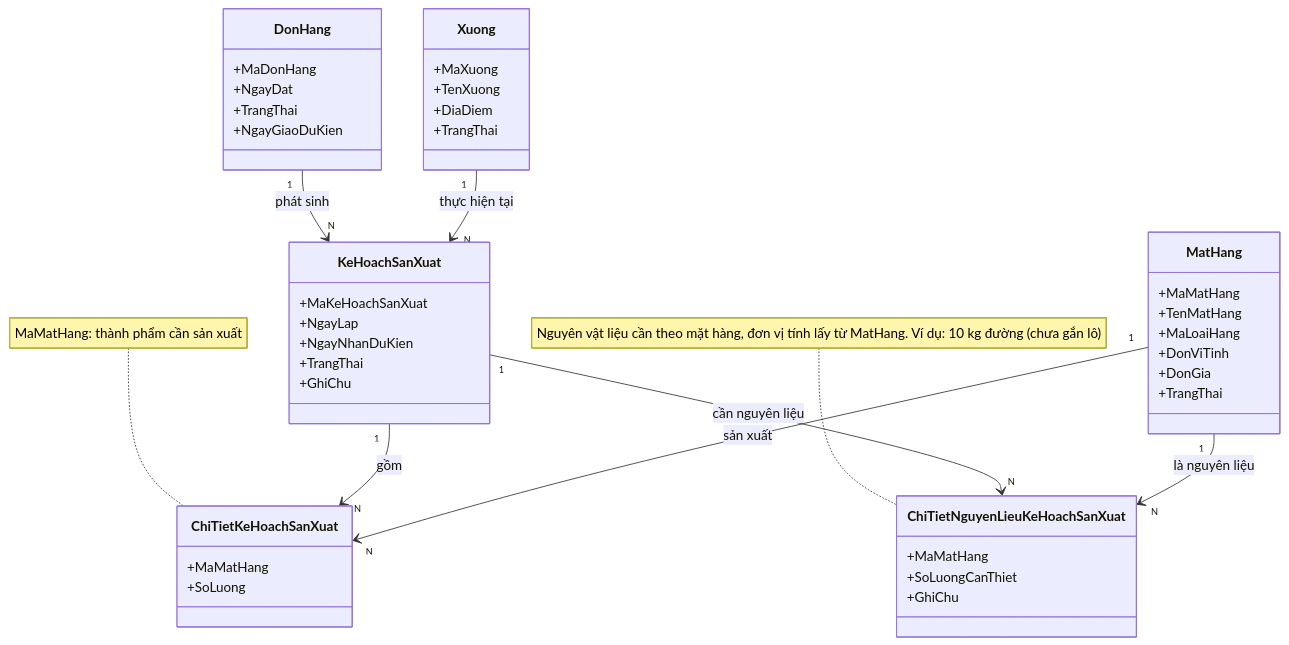
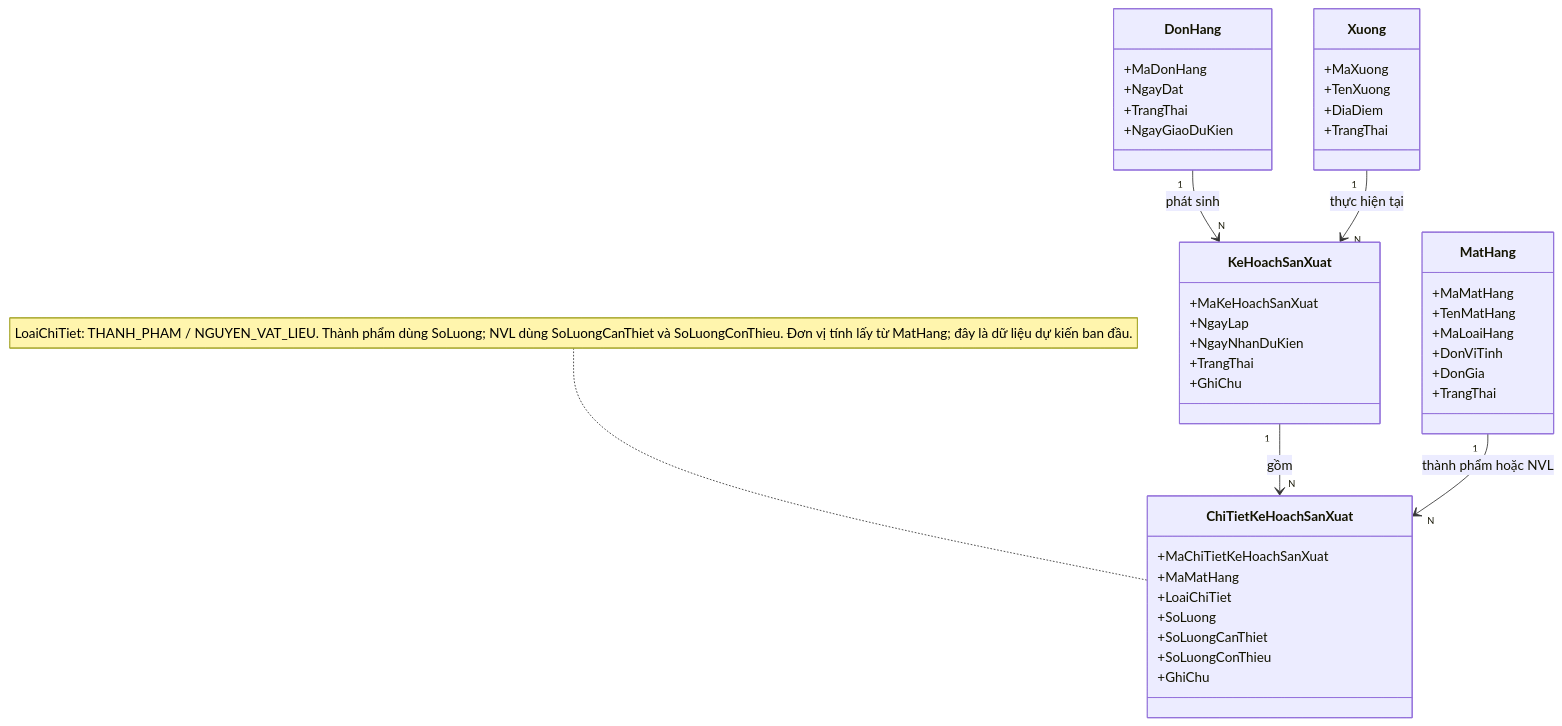
One commit to vthaix/WarehouseSystem changed the fifth of 14 diagrams in app/docs/DOMAIN_MODEL.md. Above: the diagram before and after it, drawn with Mermaid. The commit also changed other lines of this file, not shown here.

````diff
--- a/app/docs/DOMAIN_MODEL.md
+++ b/app/docs/DOMAIN_MODEL.md
@@ -175,56 +157,52 @@
 ```mermaid
 classDiagram
 
     class DonHang {
         +MaDonHang
         +NgayDat
         +TrangThai
         +NgayGiaoDuKien
     }
 
     class Xuong {
         +MaXuong
         +TenXuong
         +DiaDiem
         +TrangThai
     }
 
     class KeHoachSanXuat {
         +MaKeHoachSanXuat
         +NgayLap
         +NgayNhanDuKien
         +TrangThai
         +GhiChu
     }
 
     class ChiTietKeHoachSanXuat {
+        +MaChiTietKeHoachSanXuat
         +MaMatHang
+        +LoaiChiTiet
         +SoLuong
-    }
-
-    class ChiTietNguyenLieuKeHoachSanXuat {
-        +MaMatHang
         +SoLuongCanThiet
+        +SoLuongConThieu
         +GhiChu
     }
 
     class MatHang {
         +MaMatHang
         +TenMatHang
         +MaLoaiHang
         +DonViTinh
         +DonGia
         +TrangThai
     }
 
     DonHang "1" --> "N" KeHoachSanXuat : phát sinh
     Xuong "1" --> "N" KeHoachSanXuat : thực hiện tại
     KeHoachSanXuat "1" --> "N" ChiTietKeHoachSanXuat : gồm
-    KeHoachSanXuat "1" --> "N" ChiTietNguyenLieuKeHoachSanXuat : cần nguyên liệu
-    MatHang "1" --> "N" ChiTietKeHoachSanXuat : sản xuất
-    MatHang "1" --> "N" ChiTietNguyenLieuKeHoachSanXuat : là nguyên liệu
+    MatHang "1" --> "N" ChiTietKeHoachSanXuat : thành phẩm hoặc NVL
 
-    note for ChiTietKeHoachSanXuat "MaMatHang: thành phẩm cần sản xuất"
-    note for ChiTietNguyenLieuKeHoachSanXuat "Nguyên vật liệu cần theo mặt hàng, đơn vị tính lấy từ MatHang. Ví dụ: 10 kg đường (chưa gắn lô)"
+    note for ChiTietKeHoachSanXuat "LoaiChiTiet: THANH_PHAM / NGUYEN_VAT_LIEU. Thành phẩm dùng SoLuong; NVL dùng SoLuongCanThiet và SoLuongConThieu. Đơn vị tính lấy từ MatHang; đây là dữ liệu dự kiến ban đầu."
 
 ```
````
